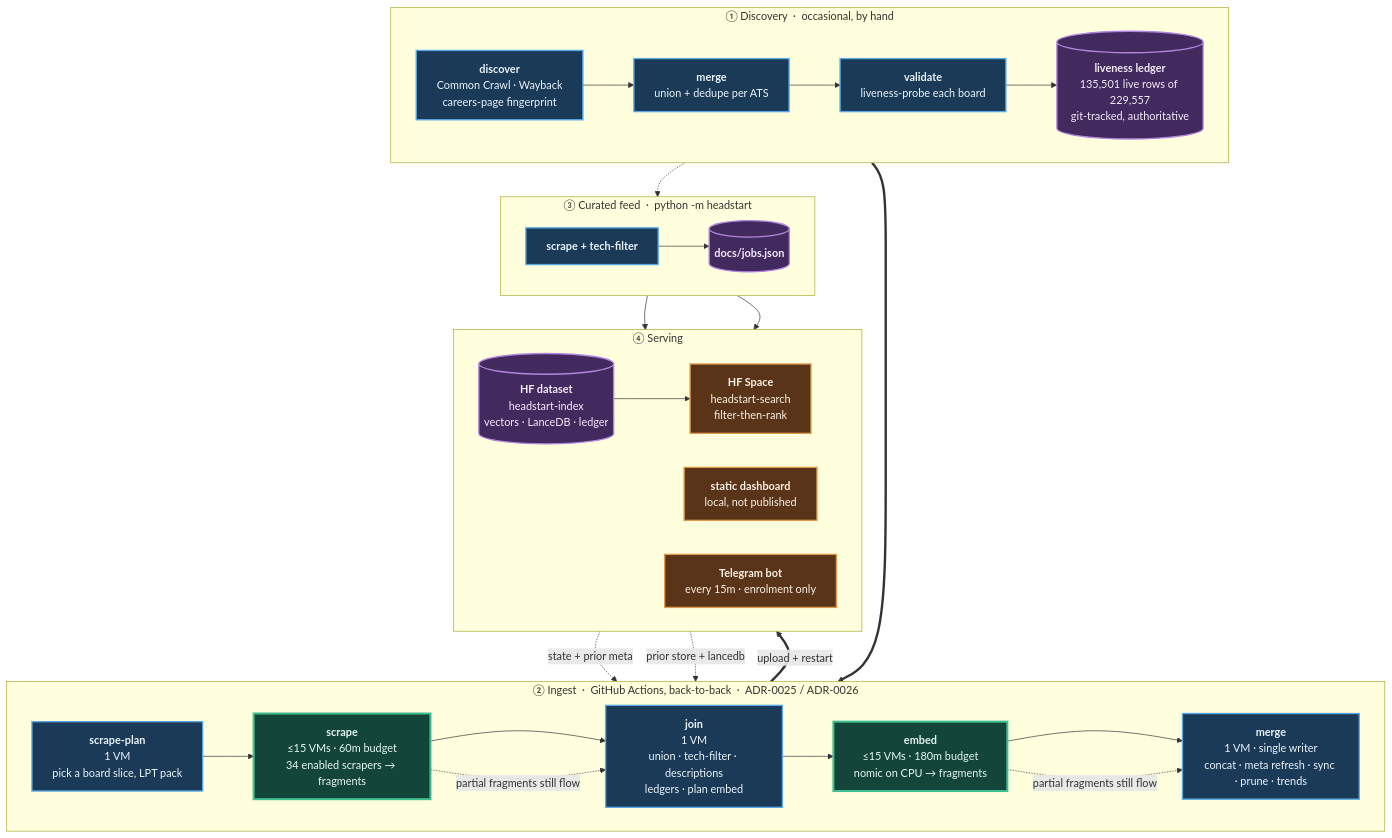
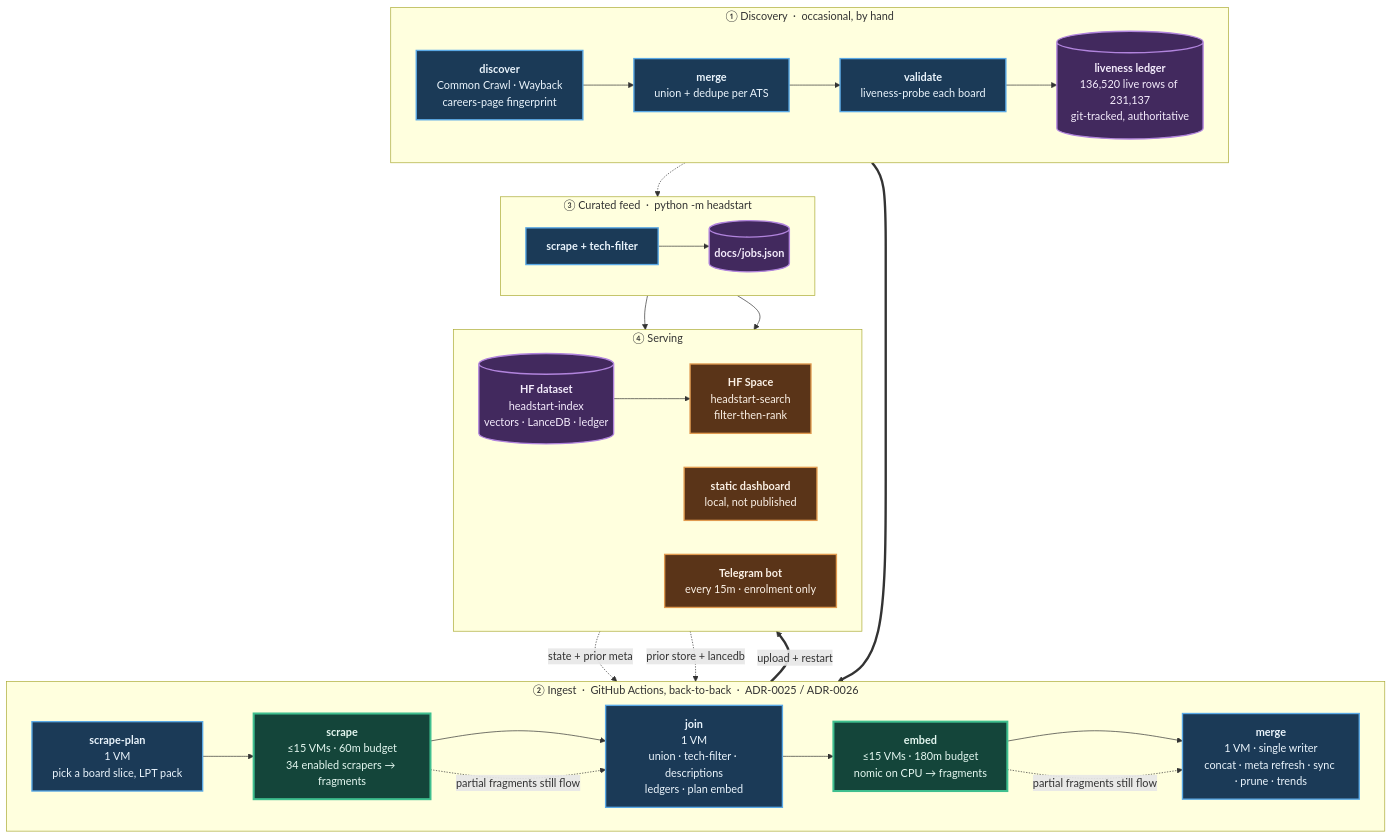
One commit to sarthakjain004/headstart changed the diagram in README.md. Above: the diagram before and after it, drawn with Mermaid. The commit also changed other lines of this file and 16 other files, not shown here.

First line of the commit message:
Add a Gem scraper, wired through liveness (1,019 live boards)

````diff
--- a/README.md
+++ b/README.md
@@ -137,56 +138,56 @@
 ```mermaid
 flowchart TB
     subgraph D["① Discovery &nbsp;·&nbsp; occasional, by hand"]
         direction LR
         D1["<b>discover</b><br/>Common Crawl · Wayback<br/>careers-page fingerprint"]
         D2["<b>merge</b><br/>union + dedupe per ATS"]
         D3["<b>validate</b><br/>liveness-probe each board"]
-        D4[("<b>liveness ledger</b><br/>135,501 live rows of 229,557<br/>git-tracked, authoritative")]
+        D4[("<b>liveness ledger</b><br/>136,520 live rows of 231,137<br/>git-tracked, authoritative")]
         D1 --> D2 --> D3 --> D4
     end
 
     subgraph P["② Ingest &nbsp;·&nbsp; GitHub Actions, back-to-back &nbsp;·&nbsp; ADR-0025 / ADR-0026"]
         direction LR
         P1["<b>scrape-plan</b><br/>1 VM<br/>pick a board slice, LPT pack"]
         P2["<b>scrape</b><br/>≤15 VMs · 60m budget<br/>34 enabled scrapers → fragments"]
         P3["<b>join</b><br/>1 VM<br/>union · tech-filter · descriptions<br/>ledgers · plan embed"]
         P4["<b>embed</b><br/>≤15 VMs · 180m budget<br/>nomic on CPU → fragments"]
         P5["<b>merge</b><br/>1 VM · single writer<br/>concat · meta refresh · sync · prune · trends"]
         P1 --> P2 --> P3 --> P4 --> P5
     end
 
     subgraph F["③ Curated feed &nbsp;·&nbsp; python -m headstart"]
         direction LR
         F1["<b>scrape + tech-filter</b>"]
         F2[("<b>docs/jobs.json</b>")]
         F1 --> F2
     end
 
     subgraph S["④ Serving"]
         direction LR
         S1[("<b>HF dataset</b><br/>headstart-index<br/>vectors · LanceDB · ledger")]
         S2["<b>HF Space</b><br/>headstart-search<br/>filter-then-rank"]
         S3["<b>static dashboard</b><br/>local, not published"]
         S4["<b>Telegram bot</b><br/>every 15m · enrolment only"]
         S1 --> S2
     end
 
     D4 ==> P1
     S1 -. "state + prior meta" .-> P1
     S1 -. "prior store + lancedb" .-> P5
     D4 -.-> F1
     P5 ==>|"upload + restart"| S1
     F2 --> S3
     F2 --> S4
     P2 -. "partial fragments still flow" .-> P3
     P4 -. "partial fragments still flow" .-> P5
 
     classDef serial fill:#1b3a57,stroke:#5aa9e6,stroke-width:2px,color:#eaf4fc
     classDef fan fill:#14453a,stroke:#3fbf8f,stroke-width:3px,color:#e4f7f0
     classDef store fill:#42295e,stroke:#b184dd,stroke-width:2px,color:#f4ecfc
     classDef serve fill:#5a3418,stroke:#e09a4f,stroke-width:2px,color:#fbf1e6
     class D1,D2,D3,P1,P3,P5,F1 serial
     class P2,P4 fan
     class D4,F2,S1 store
     class S2,S3,S4 serve
 ```
````
